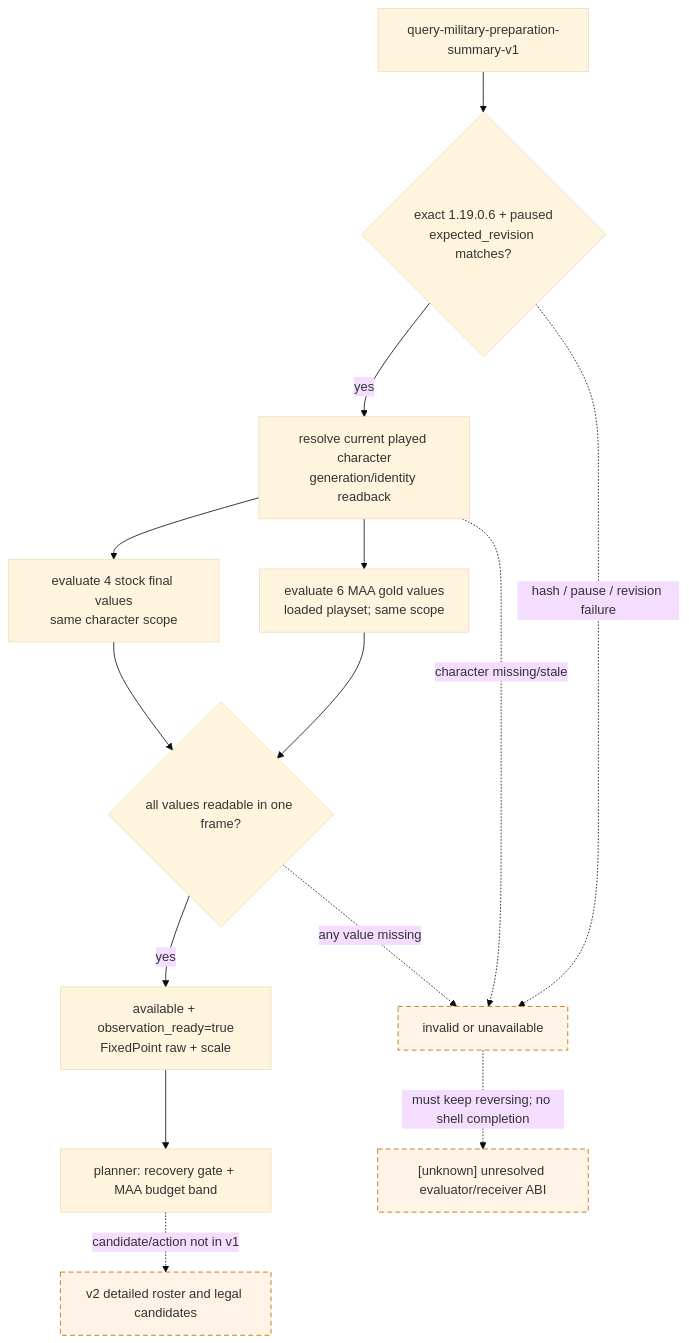
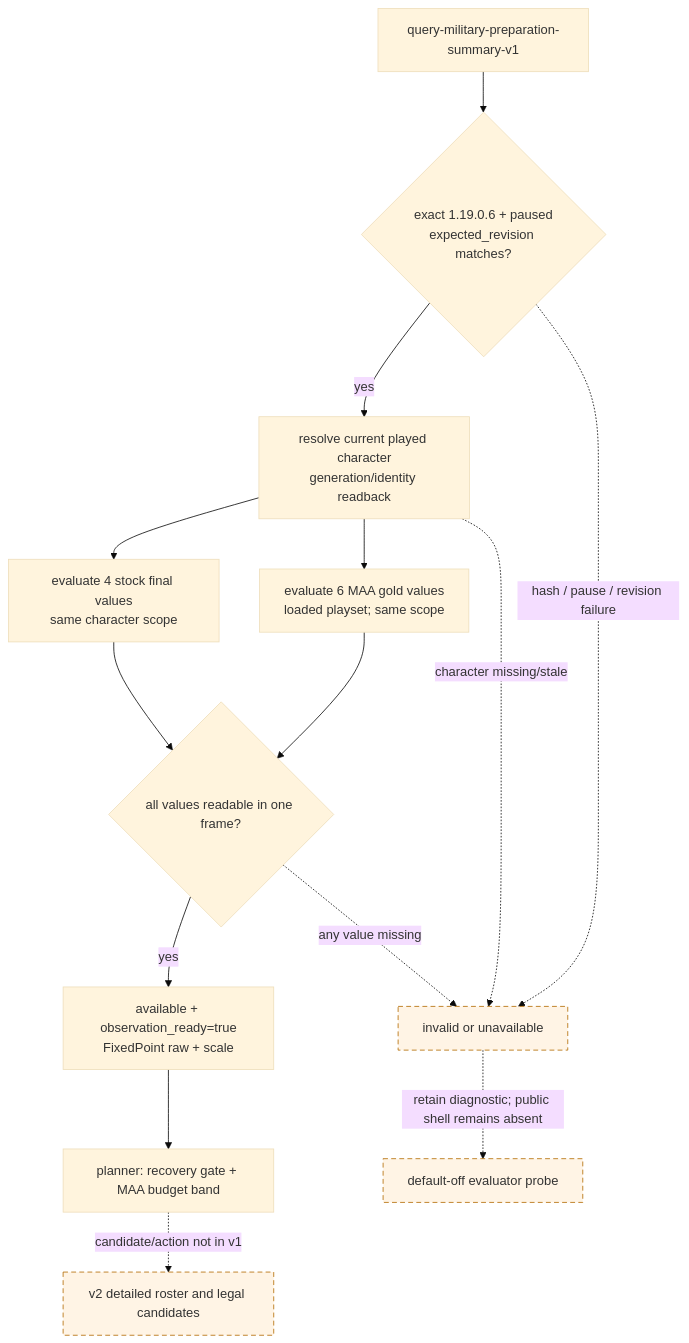
Before and after one commit to XenoAmess/ck3_eternal_recurrence: the third of 3 diagrams in docs/ck3-native-ai/military-preparation.md, drawn with Mermaid (base theme). The commit also changed other lines of this file and 1 other file, not shown here.

Commit message:
[G2-M4-MIL2] Close military preparation evaluator ABI

````diff
--- a/docs/ck3-native-ai/military-preparation.md
+++ b/docs/ck3-native-ai/military-preparation.md
@@ -232,18 +375,18 @@
 ```mermaid
 flowchart TD
     Q["query-military-preparation-summary-v1"] --> G{"exact 1.19.0.6 + paused<br/>expected_revision matches?"}
     G -->|yes| C["resolve current played character<br/>generation/identity readback"]
     C --> V["evaluate 4 stock final values<br/>same character scope"]
     C --> M["evaluate 6 MAA gold values<br/>loaded playset; same scope"]
     V --> A{"all values readable in one frame?"}
     M --> A
     A -->|yes| O["available + observation_ready=true<br/>FixedPoint raw + scale"]
     O --> P["planner: recovery gate + MAA budget band"]
     G -. "hash / pause / revision failure" .-> X["invalid or unavailable"]
     C -. "character missing/stale" .-> X
     A -. "any value missing" .-> X
-    X -. "must keep reversing; no shell completion" .-> R["[unknown] unresolved evaluator/receiver ABI"]
+    X -. "retain diagnostic; public shell remains absent" .-> R["default-off evaluator probe"]
     P -. "candidate/action not in v1" .-> N["v2 detailed roster and legal candidates"]
     classDef unknown stroke-dasharray: 6 4,fill:#fff4e5,stroke:#b36b00;
     class X,R,N unknown;
 ```
````
